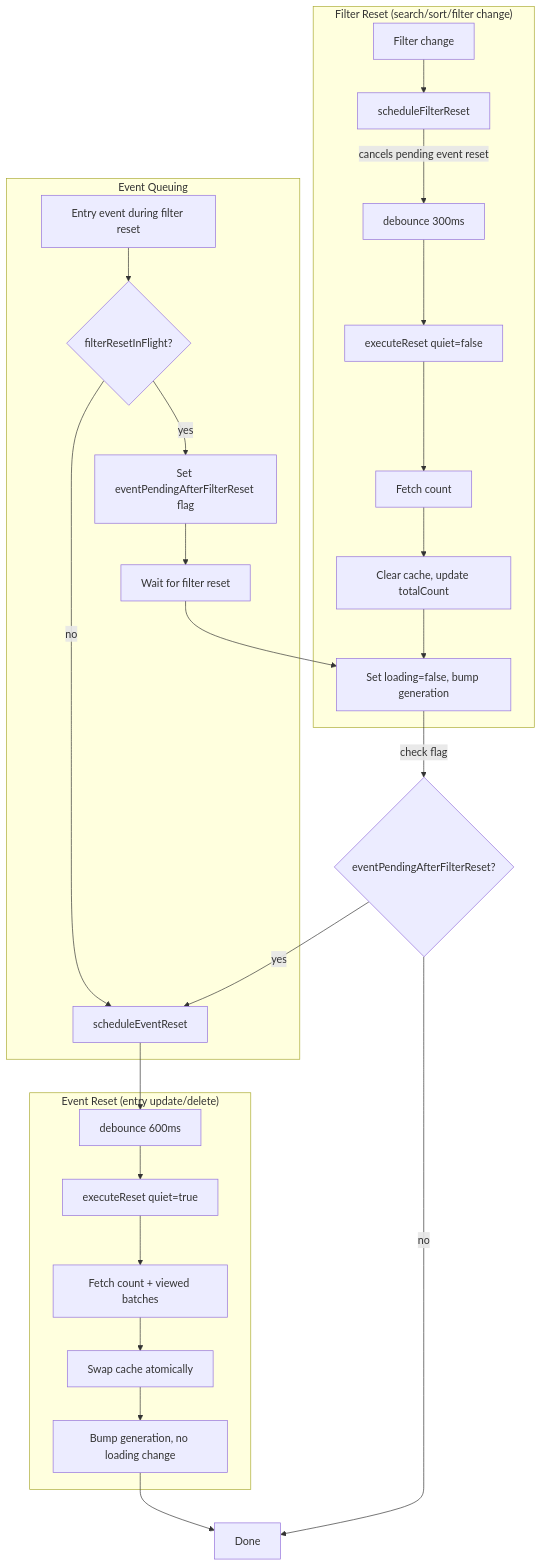
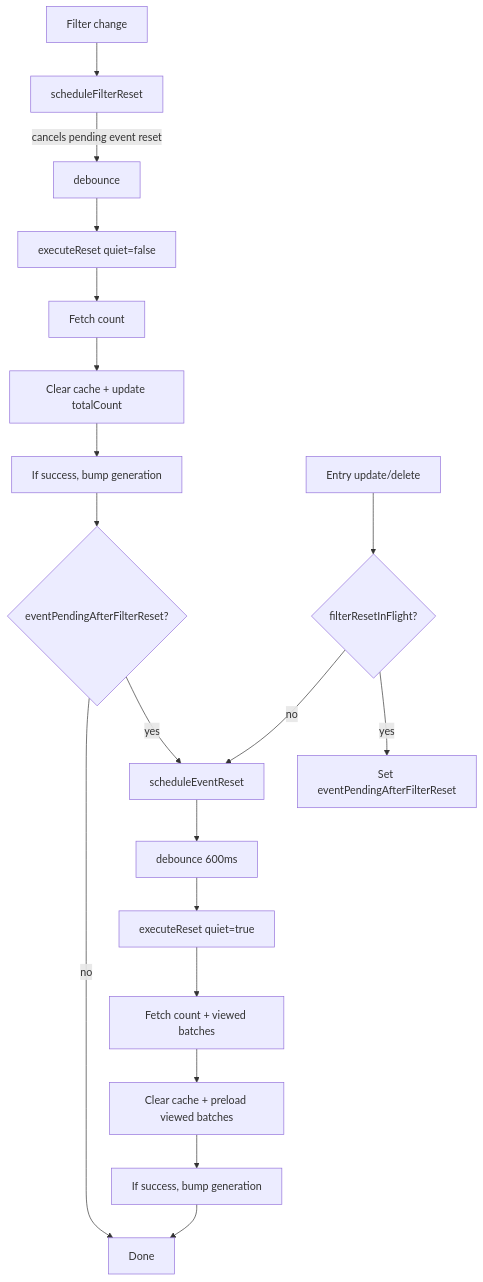
The diagram in frontend/viewer/src/lib/services/ENTRY_LOADER_SERVICE.md (sillsdev/languageforge-lexbox), drawn with Mermaid before and after one commit. The commit also changed 1 other file, not shown here.

Commit message:
Update docs/comments

````diff
--- a/frontend/viewer/src/lib/services/ENTRY_LOADER_SERVICE.md
+++ b/frontend/viewer/src/lib/services/ENTRY_LOADER_SERVICE.md
@@ -7,32 +7,23 @@
 ```mermaid
 flowchart TD
-    subgraph FilterReset["Filter Reset (search/sort/filter change)"]
-        A[Filter change] --> B[scheduleFilterReset]
-        B --> |cancels pending event reset| C[debounce 300ms]
-        C --> D[executeReset quiet=false]
-        D --> E[Fetch count]
-        E --> F[Clear cache, update totalCount]
-        F --> G[Set loading=false, bump generation]
-    end
+    A[Filter change] --> B[scheduleFilterReset]
+    B --> |cancels pending event reset| C[debounce]
+    C --> D[executeReset quiet=false]
+    D --> E[Fetch count]
+    E --> F[Clear cache + update totalCount]
+    F --> G[If success, bump generation]
 
-    subgraph EventQueue["Event Queuing"]
-        H[Entry event during filter reset] --> I{filterResetInFlight?}
-        I --> |yes| J[Set eventPendingAfterFilterReset flag]
-        J --> K[Wait for filter reset]
-        I --> |no| L[scheduleEventReset]
-    end
+    H[Entry update/delete] --> I{filterResetInFlight?}
+    I --> |yes| J[Set eventPendingAfterFilterReset]
+    I --> |no| K[scheduleEventReset]
+    K --> L[debounce 600ms]
+    L --> M[executeReset quiet=true]
+    M --> N[Fetch count + viewed batches]
+    N --> O[Clear cache + preload viewed batches]
+    O --> P[If success, bump generation]
 
-    subgraph EventReset["Event Reset (entry update/delete)"]
-        L --> M[debounce 600ms]
-        M --> N[executeReset quiet=true]
-        N --> O[Fetch count + viewed batches]
-        O --> P[Swap cache atomically]
-        P --> Q[Bump generation, no loading change]
-    end
-
-    G --> |check flag| R{eventPendingAfterFilterReset?}
-    R --> |yes| L
-    R --> |no| S[Done]
-    K --> G
-    Q --> S
+    G --> Q{eventPendingAfterFilterReset?}
+    Q --> |yes| K
+    Q --> |no| R[Done]
+    P --> R
 ```
````
